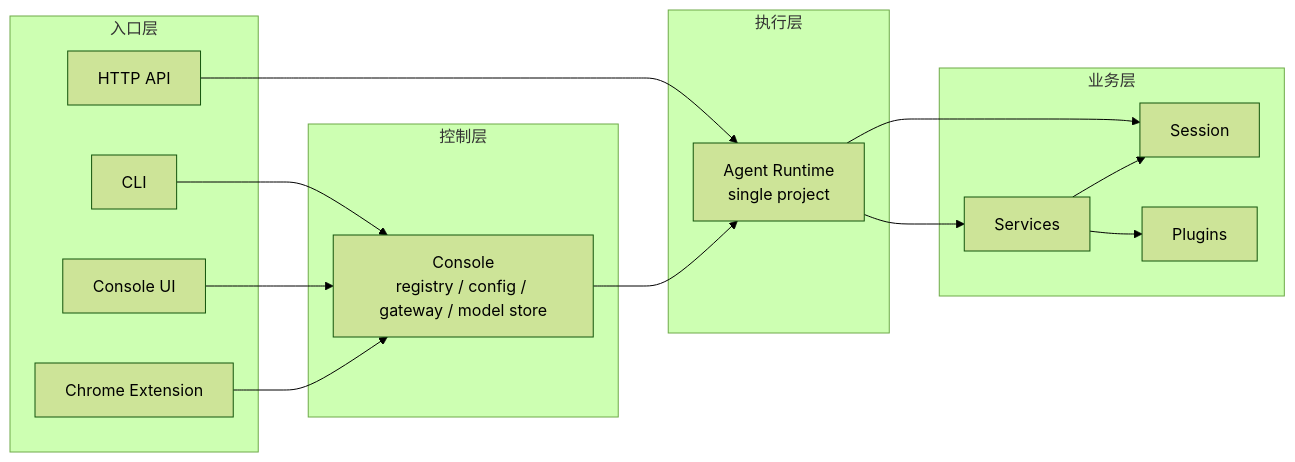
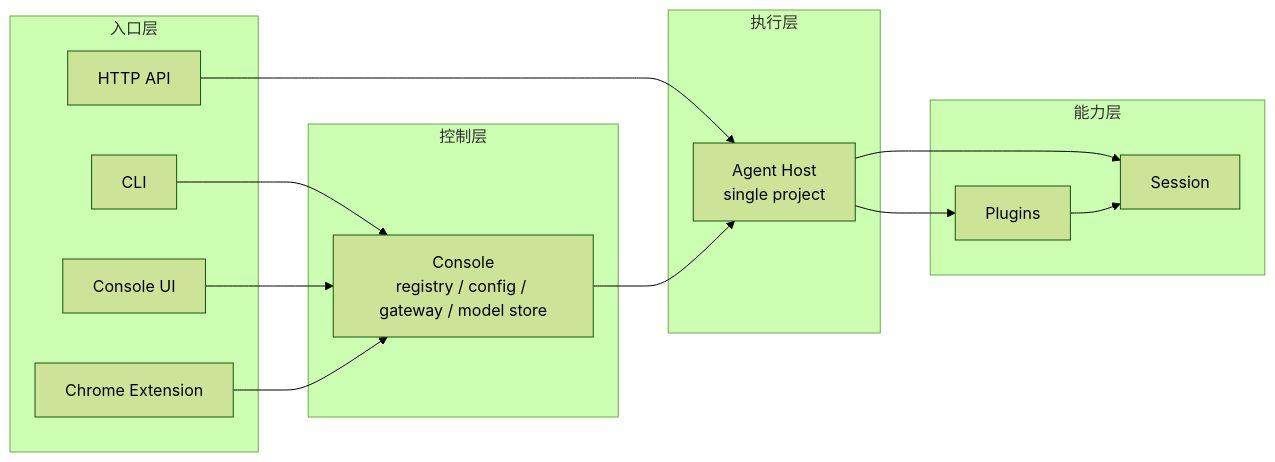
The first of 3 diagrams in homepage/content/devdocs/zh/architecture/system-logic.mdx (wangenius/downcity), drawn with Mermaid (forest theme) before and after one commit. The commit also changed other lines of this file and 433 other files, not shown here.

Commit message:
refactor(agent,city): unify plugin-session architecture

````diff
--- a/homepage/content/devdocs/zh/architecture/system-logic.mdx
+++ b/homepage/content/devdocs/zh/architecture/system-logic.mdx
@@ -23,33 +19,31 @@
 ```mermaid
 flowchart LR
   subgraph Entry["入口层"]
     CLI["CLI"]
     UI["Console UI"]
     EXT["Chrome Extension"]
     API["HTTP API"]
   end
 
   subgraph Control["控制层"]
     CONSOLE["Console<br/>registry / config / gateway / model store"]
   end
 
   subgraph Runtime["执行层"]
-    AGENT["Agent Runtime<br/>single project"]
+    AGENT["Agent Host<br/>single project"]
   end
 
-  subgraph Business["业务层"]
+  subgraph Capability["能力层"]
     SESSION["Session"]
-    SERVICES["Services"]
     PLUGINS["Plugins"]
   end
 
   CLI --> CONSOLE
   UI --> CONSOLE
   EXT --> CONSOLE
   API --> AGENT
   CONSOLE --> AGENT
   AGENT --> SESSION
-  AGENT --> SERVICES
-  SERVICES --> PLUGINS
-  SERVICES --> SESSION
+  AGENT --> PLUGINS
+  PLUGINS --> SESSION
 ```
````
